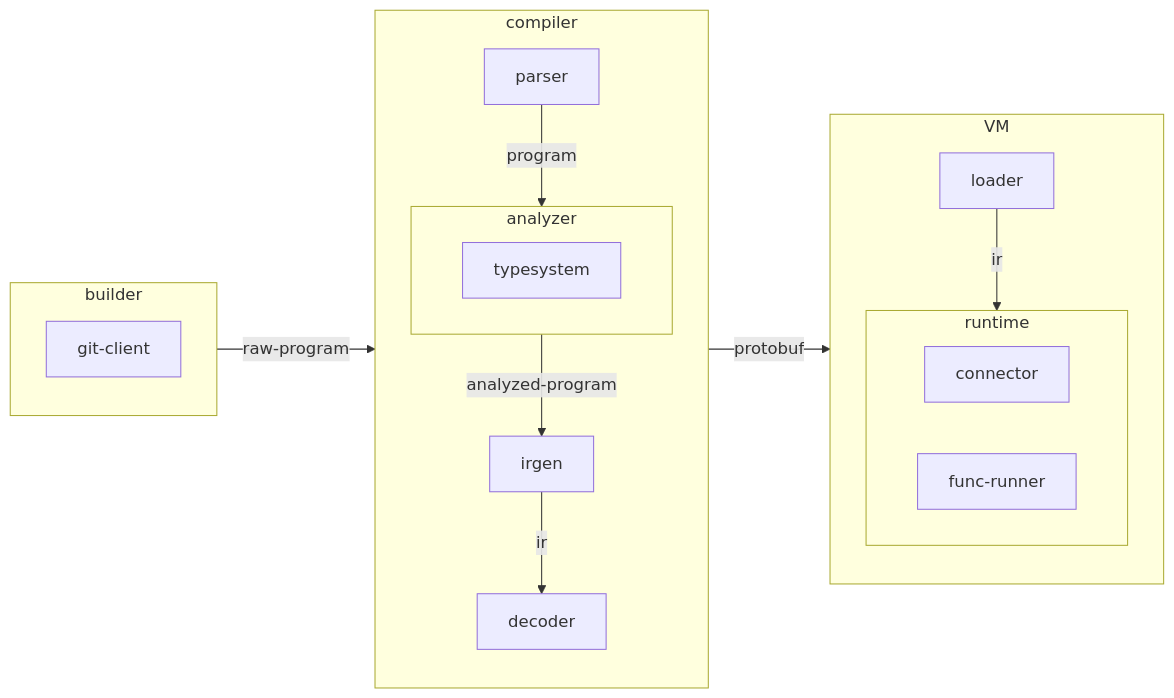
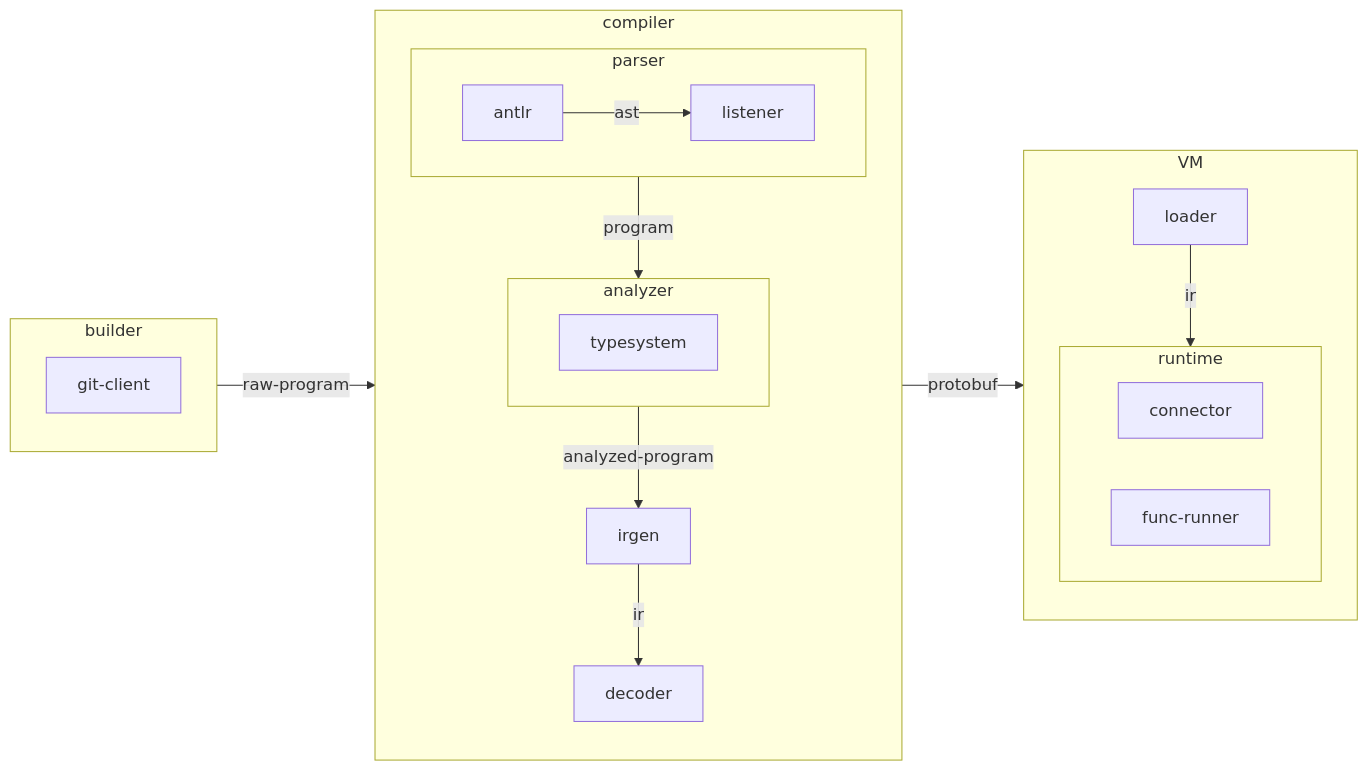
One commit to nevalang/neva changed the first of 2 diagrams in ARCHITECTURE.md. Above: the diagram before and after it, drawn with Mermaid. The commit also changed 4 other files, not shown here.

````diff
--- a/ARCHITECTURE.md
+++ b/ARCHITECTURE.md
@@ -5,24 +5,27 @@
 ```mermaid
 flowchart LR
     builder-->|raw-program|compiler
     subgraph builder
         git-client
     end
     subgraph compiler
         parser-->|program|analyzer
+        subgraph parser
+            antlr-->|ast|listener
+        end
         subgraph analyzer
             typesystem
         end
         analyzer-->|analyzed-program|irgen
         irgen-->|ir|decoder
     end
     compiler-->|protobuf|VM
     subgraph VM
         loader-->|ir|runtime
         runtime
         subgraph runtime
             connector
             func-runner
         end
     end
 ```
````
